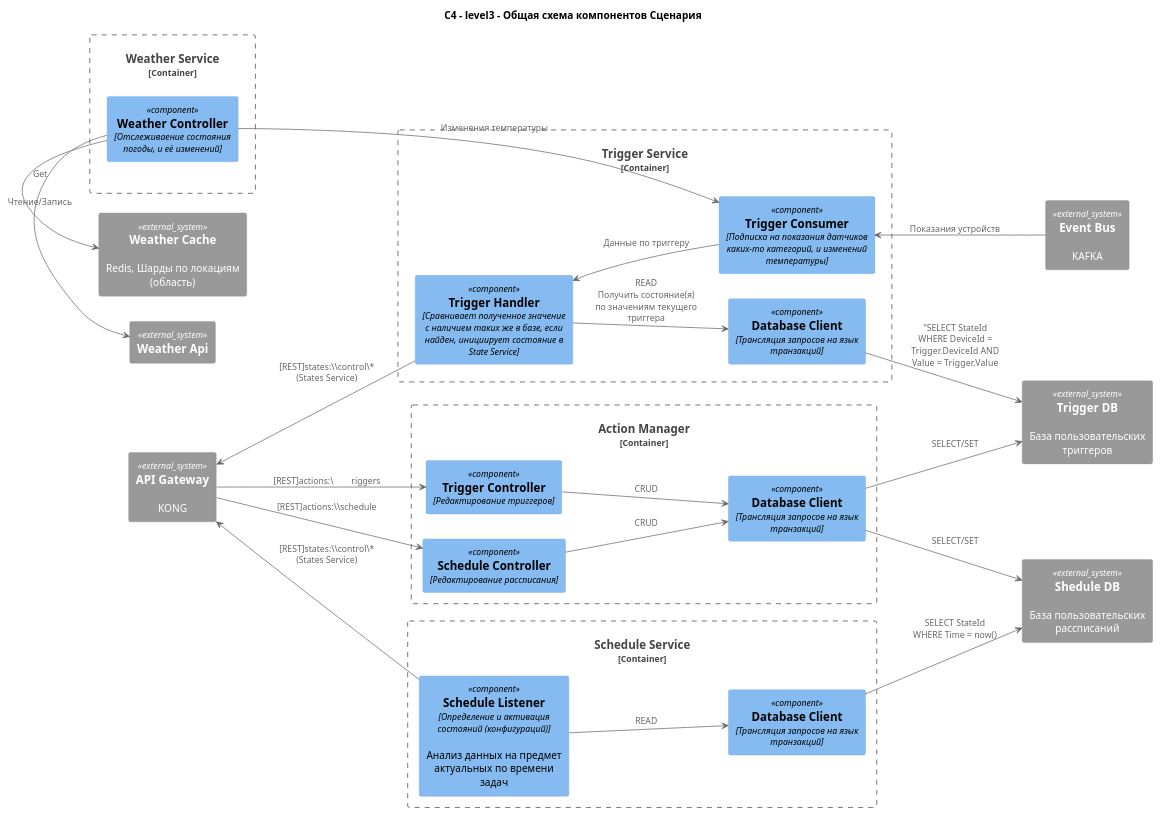
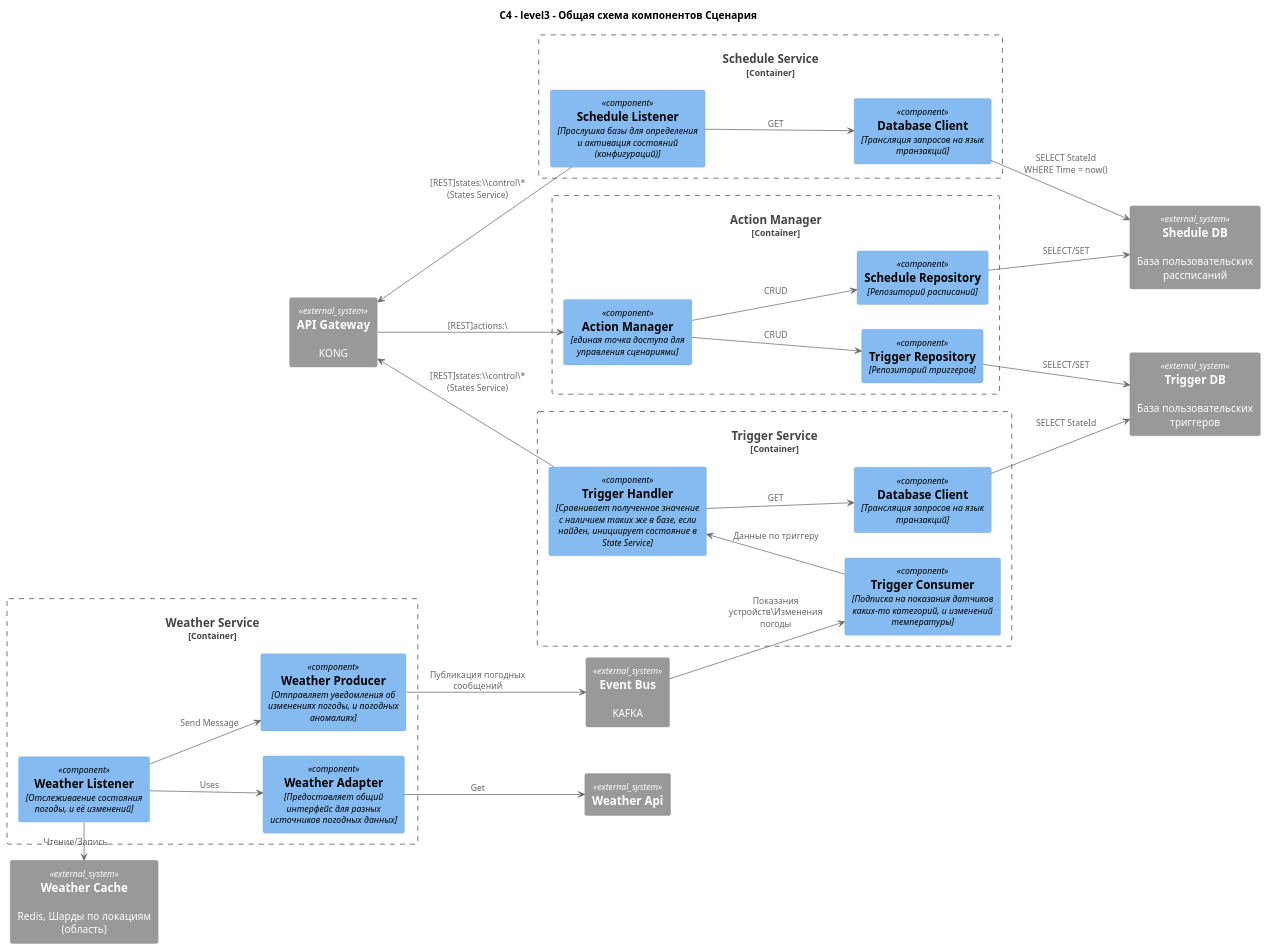
The diagram in smart-home-monolith/docs/C4/to-be-component-actions.puml (AdvanGit/practicum-sprint-3), drawn with PlantUML before and after one commit. The commit also changed 16 other files, not shown here.

```diff
--- a/smart-home-monolith/docs/C4/to-be-component-actions.puml
+++ b/smart-home-monolith/docs/C4/to-be-component-actions.puml
@@ -1,67 +1,71 @@
-@startuml ClimateService_Components
+@startuml Components_Action_General
 !include https://raw.githubusercontent.com/plantuml-stdlib/C4-PlantUML/master/C4_Component.puml
 
 title "C4 - level3 - Общая схема компонентов Сценария"
 
 left to right direction
 
 ' === Контейнер ===
 Container_Boundary(Schedule_service, "Schedule Service") {
-  Component(Schedule_Listener, "Schedule Listener", "Определение и активация состояний (конфигураций)", "Анализ данных на предмет актуальных по времени задач")
+  Component(Schedule_Listener, "Schedule Listener", "Прослушка базы для определения и активация состояний (конфигураций)")
   Component(Postgres_Client, "Database Client", "Трансляция запросов на язык транзакций")
+  Schedule_Listener --> Postgres_Client : "GET"
 }
 
 Container_Boundary(Schedule_manager, "Action Manager"){
-  Component(Schedule_Controller, "Schedule Controller", "Редактирование рассписания")
-  Component(Trigger_Controller, "Trigger Controller", "Редактирование триггеров")
-  Component(Postgres_Client_2, "Database Client", "Трансляция запросов на язык транзакций")
+  Component(Schedule_Repository, "Schedule Repository", "Репозиторий расписаний")
+  Component(Trigger_Repository, "Trigger Repository", "Репозиторий триггеров")
+  Component(Action_Manager, "Action Manager", "единая точка доступа для управления сценариями")
+
+  Action_Manager --> Schedule_Repository : "CRUD"
+  Action_Manager --> Trigger_Repository : "CRUD"
 }
 
 Container_Boundary(Trigger_Service, "Trigger Service"){
   Component(Trigger_Consumer, "Trigger Consumer", "Подписка на показания датчиков каких-то категорий, и изменений температуры")
   Component(Trigger_Handler, "Trigger Handler", "Сравнивает полученное значение с наличием таких же в базе, если найден, инициирует состояние в State Service")
   Component(Postgres_Client_3, "Database Client", "Трансляция запросов на язык транзакций")
+
+  Trigger_Consumer -up-> Trigger_Handler : "Данные по триггеру"
+  Trigger_Handler --> Postgres_Client_3 : "GET"
 }
 
 Container_Boundary(Weather_Service, "Weather Service"){
-  Component(Weather_Controller, "Weather Controller", "Отслеживаение состояния погоды, и её изменений")
+  Component(Weather_Controller, "Weather Listener", "Отслеживаение состояния погоды, и её изменений")
+  Component(Weather_Adapter, "Weather Adapter", "Предоставляет общий интерфейс для разных источников погодных данных")
+  Component(Weather_Produces, "Weather Producer", "Отправляет уведомления об изменениях погоды, и погодных аномалиях")
+  Weather_Controller --> Weather_Adapter : Uses
+  Weather_Controller --> Weather_Produces : Send Message
 }
 
 ' === Внешние зависимости ===
 System_Ext(api_gw, "API Gateway", "KONG")
 System_Ext(Weather_Cache, "Weather Cache", "Redis, Шарды по локациям (область)")
 System_Ext(Weather_Api, "Weather Api")
+System_Ext(Event_Bus, "Event Bus", "KAFKA")
 System_Ext(Schedule_Db, "Shedule DB", "База пользовательских рассписаний")
 System_Ext(Trigger_Db, "Trigger DB", "База пользовательских триггеров")
-System_Ext("event_bus", "Event Bus", "KAFKA")
 
 ' Shedule Service
-Schedule_Listener --> Postgres_Client : "READ"
 Postgres_Client --> Schedule_Db : "SELECT StateId\nWHERE Time = now()"
 Schedule_Listener -up-> api_gw : "[REST]states:\\\control\* (States Service)"
 
 ' Action manager
-api_gw -down-> Schedule_Controller : "[REST]actions:\\\sсhedule"
-api_gw -down-> Trigger_Controller : "[REST]actions:\\\triggers"
-Schedule_Controller --> Postgres_Client_2 : "CRUD"
-Trigger_Controller --> Postgres_Client_2 : "CRUD"
-Postgres_Client_2 --> Schedule_Db : "SELECT/SET"
-Postgres_Client_2 --> Trigger_Db : "SELECT/SET"
+api_gw -down-> Action_Manager : "[REST]actions:\\"
+Schedule_Repository --> Schedule_Db : "SELECT/SET"
+Trigger_Repository --> Trigger_Db : "SELECT/SET"
 
 ' Trigger service
-event_bus -up-> Trigger_Consumer : "Показания устройств"
-Trigger_Consumer -up-> Trigger_Handler : "Данные по триггеру"
-Trigger_Handler --> Postgres_Client_3 : "READ\nПолучить состояние(я) по значениям текущего триггера"
+Event_Bus --> Trigger_Consumer : "Показания устройств\Изменения погоды"
 Trigger_Handler -left-> api_gw : "[REST]states:\\\control\* (States Service)"
-Postgres_Client_3 --> Trigger_Db : "SELECT StateId\nWHERE DeviceId = Trigger.DeviceId AND Value = Trigger.Value
+Postgres_Client_3 --> Trigger_Db : "SELECT StateId"
 
 ' Weather Service
 Weather_Controller -left-> Weather_Cache : "Чтение/Запись"
-Weather_Controller -left-> Weather_Api : "Get"
-Weather_Controller --> Trigger_Consumer : "Изменения температуры"
+Weather_Adapter --> Weather_Api : "Get"
+Weather_Produces --> Event_Bus : "Публикация погодных сообщений"
 
 ' Compose
-Weather_Cache -[hidden]right-> Weather_Api
-Weather_Api -[hidden]right-> api_gw
-Weather_Service -[hidden]down-> Trigger_Service
+
+
 @enduml
```
